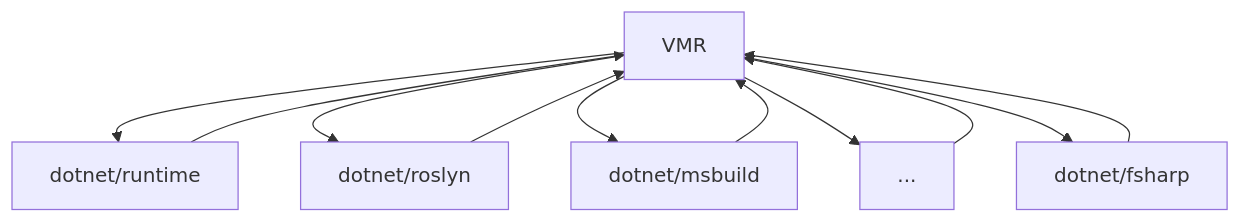
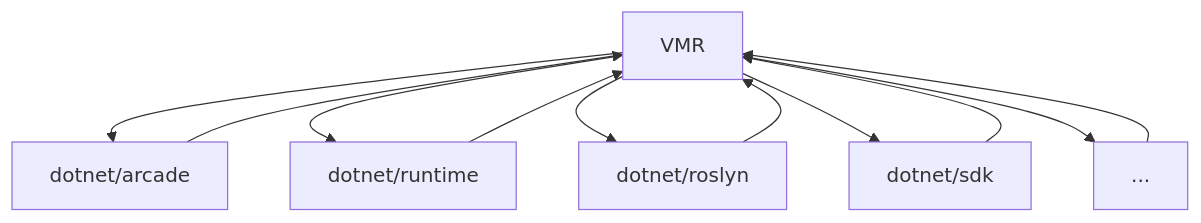
Before and after one commit to dotnet/arcade: the fourth of 8 diagrams in Documentation/UnifiedBuild/VMR-Managing-SDK-Bands.md, drawn with Mermaid. The commit also changed other lines of this file, not shown here.

Commit message:
Add Maestro flow changes

````diff
--- a/Documentation/UnifiedBuild/VMR-Managing-SDK-Bands.md
+++ b/Documentation/UnifiedBuild/VMR-Managing-SDK-Bands.md
@@ -262,20 +221,20 @@
 ```mermaid
 flowchart TD
     VMR[VMR]
-    Runtime[dotnet/runtime]
-    Roslyn[dotnet/roslyn]
-    MSBuild[dotnet/msbuild]
-    FSharp[dotnet/fsharp]
-    Other[...]
+    arcade[dotnet/arcade]
+    runtime[dotnet/runtime]
+    roslyn[dotnet/roslyn]
+    sdk[dotnet/sdk]
+    other[...]
 
-    Runtime-->VMR
-    Roslyn-->VMR
-    MSBuild-->VMR
-    Other-->VMR
-    FSharp-->VMR
-    VMR-->Runtime
-    VMR-->Roslyn
-    VMR-->MSBuild
-    VMR-->Other
-    VMR-->FSharp
+    arcade-->VMR
+    runtime-->VMR
+    roslyn-->VMR
+    sdk-->VMR
+    other-->VMR
+    VMR-->arcade
+    VMR-->runtime
+    VMR-->roslyn
+    VMR-->sdk
+    VMR-->other
 ```
````
